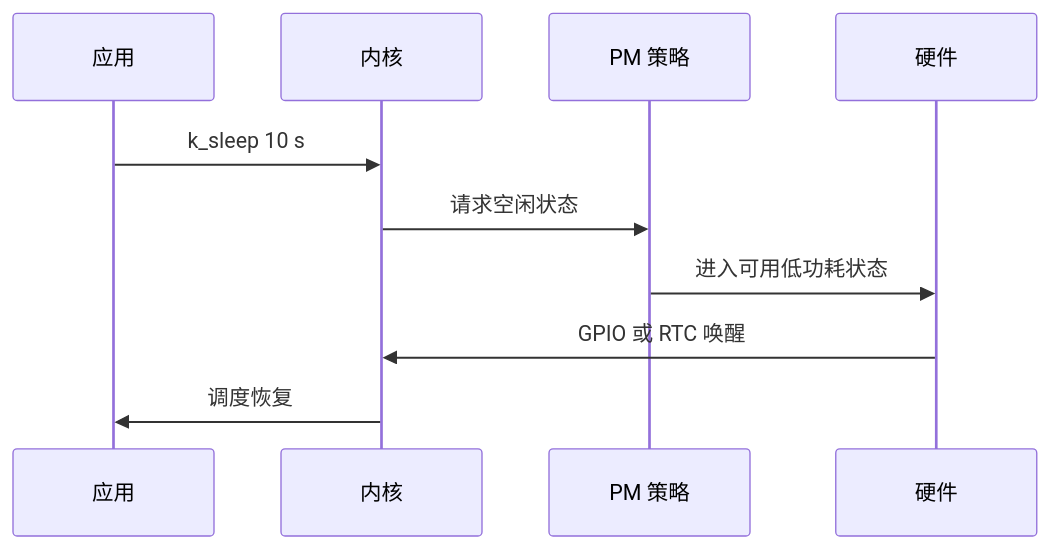
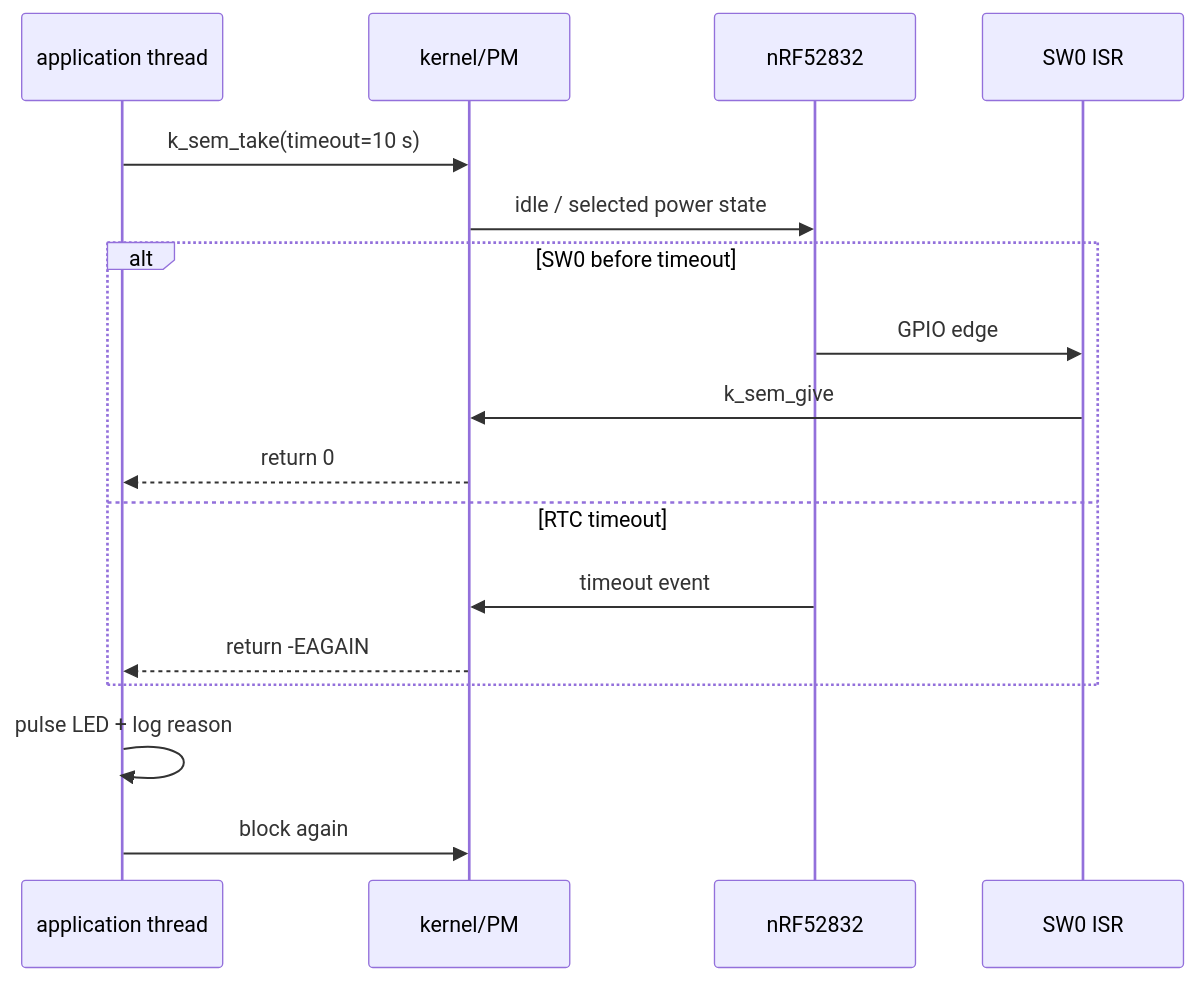
The second of 2 diagrams in docs/articles/zephyr/zephyr-17-power-management.md (cdragon-ljl/EEandEdgeAI), drawn with Mermaid before and after one commit. The commit also changed other lines of this file and 35 other files, not shown here.

````diff
--- a/docs/articles/zephyr/zephyr-17-power-management.md
+++ b/docs/articles/zephyr/zephyr-17-power-management.md
@@ -69,12 +319,19 @@
 ```mermaid
 sequenceDiagram
-    participant A as 应用
-    participant K as 内核
-    participant P as PM 策略
-    participant H as 硬件
-    A->>K: k_sleep 10 s
-    K->>P: 请求空闲状态
-    P->>H: 进入可用低功耗状态
-    H->>K: GPIO 或 RTC 唤醒
-    K->>A: 调度恢复
+    participant A as application thread
+    participant K as kernel/PM
+    participant H as nRF52832
+    participant B as SW0 ISR
+    A->>K: k_sem_take(timeout=10 s)
+    K->>H: idle / selected power state
+    alt SW0 before timeout
+        H->>B: GPIO edge
+        B->>K: k_sem_give
+        K-->>A: return 0
+    else RTC timeout
+        H->>K: timeout event
+        K-->>A: return -EAGAIN
+    end
+    A->>A: pulse LED + log reason
+    A->>K: block again
 ```
````
